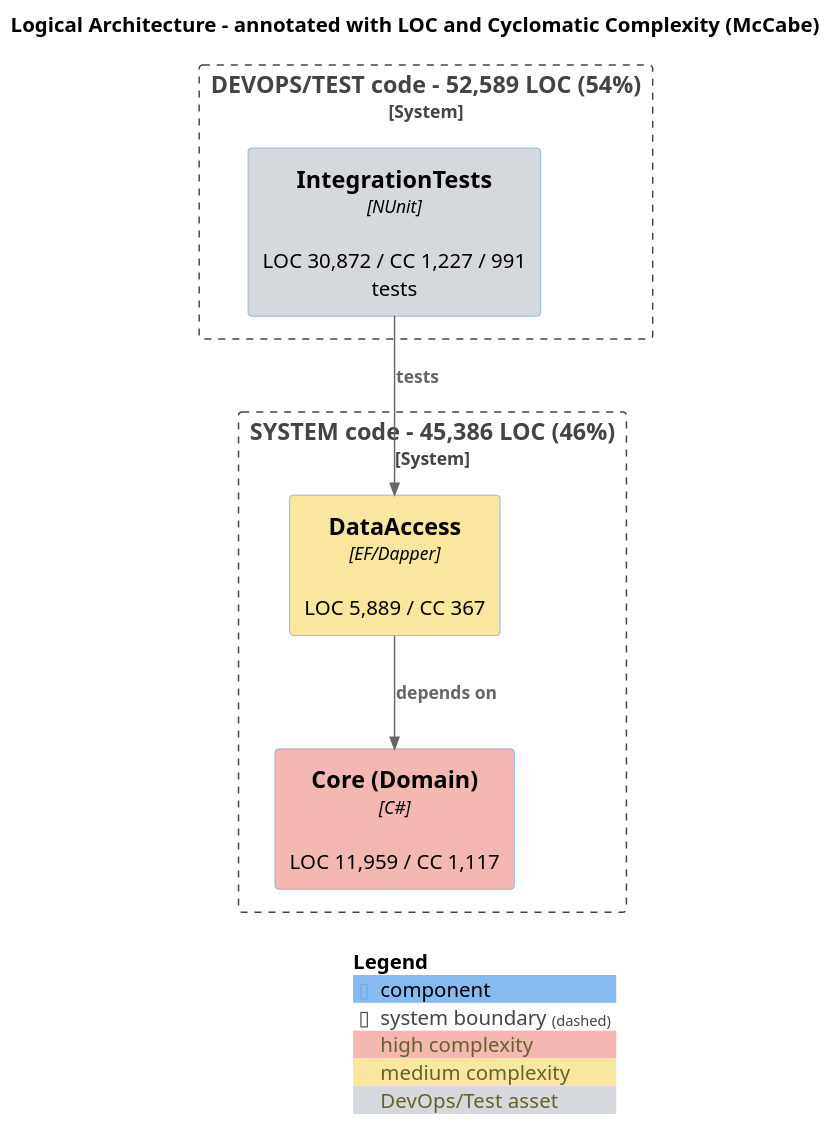
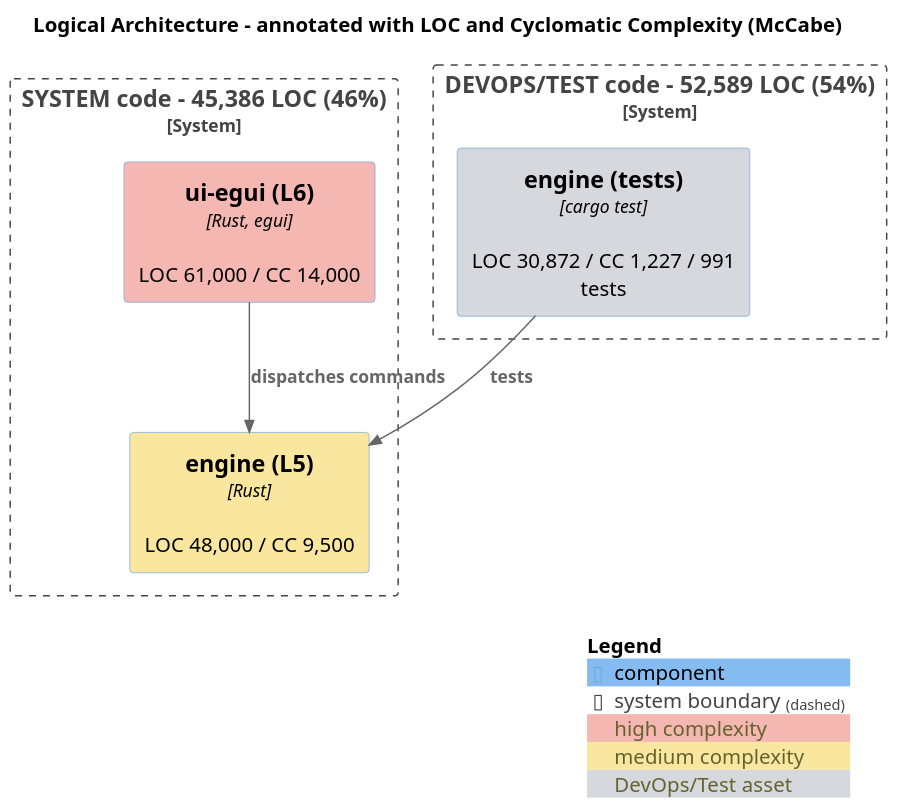
The diagram in .claude/skills/codebase-cartography-audit/references/10-c4-plantuml-diagrams.md (SonaliHar/photocraft), drawn with PlantUML before and after one commit. The commit also changed other lines of this file and 13 other files, not shown here.

````diff
--- a/.claude/skills/codebase-cartography-audit/references/10-c4-plantuml-diagrams.md
+++ b/.claude/skills/codebase-cartography-audit/references/10-c4-plantuml-diagrams.md
@@ -89,23 +102,23 @@
 ```plantuml
 @startuml logical-annotated
 !include <C4/C4_Component>
 LAYOUT_TOP_DOWN()
 skinparam dpi 140
 title Logical Architecture - annotated with LOC and Cyclomatic Complexity (McCabe)
 
 AddElementTag("hot",  $bgColor="#F5B7B1", $legendText="high complexity")
 AddElementTag("warm", $bgColor="#F9E79F", $legendText="medium complexity")
 AddElementTag("devops",$bgColor="#D5D8DC", $legendText="DevOps/Test asset")
 
 System_Boundary(sys, "SYSTEM code - 45,386 LOC (46%)") {
-  Component(core, "Core (Domain)", "C#", "LOC 11,959 / CC 1,117", $tags="hot")
-  Component(data, "DataAccess", "EF/Dapper", "LOC 5,889 / CC 367", $tags="warm")
+  Component(ui, "ui-egui (L6)", "Rust, egui", "LOC 61,000 / CC 14,000", $tags="hot")
+  Component(eng, "engine (L5)", "Rust", "LOC 48,000 / CC 9,500", $tags="warm")
 }
 System_Boundary(dev, "DEVOPS/TEST code - 52,589 LOC (54%)") {
-  Component(itest, "IntegrationTests", "NUnit", "LOC 30,872 / CC 1,227 / 991 tests", $tags="devops")
+  Component(etest, "engine (tests)", "cargo test", "LOC 30,872 / CC 1,227 / 991 tests", $tags="devops")
 }
-Rel(data, core, "depends on")
-Rel(itest, data, "tests")
+Rel(ui, eng, "dispatches commands")
+Rel(etest, eng, "tests")
 SHOW_LEGEND()
 @enduml
 ```
````
